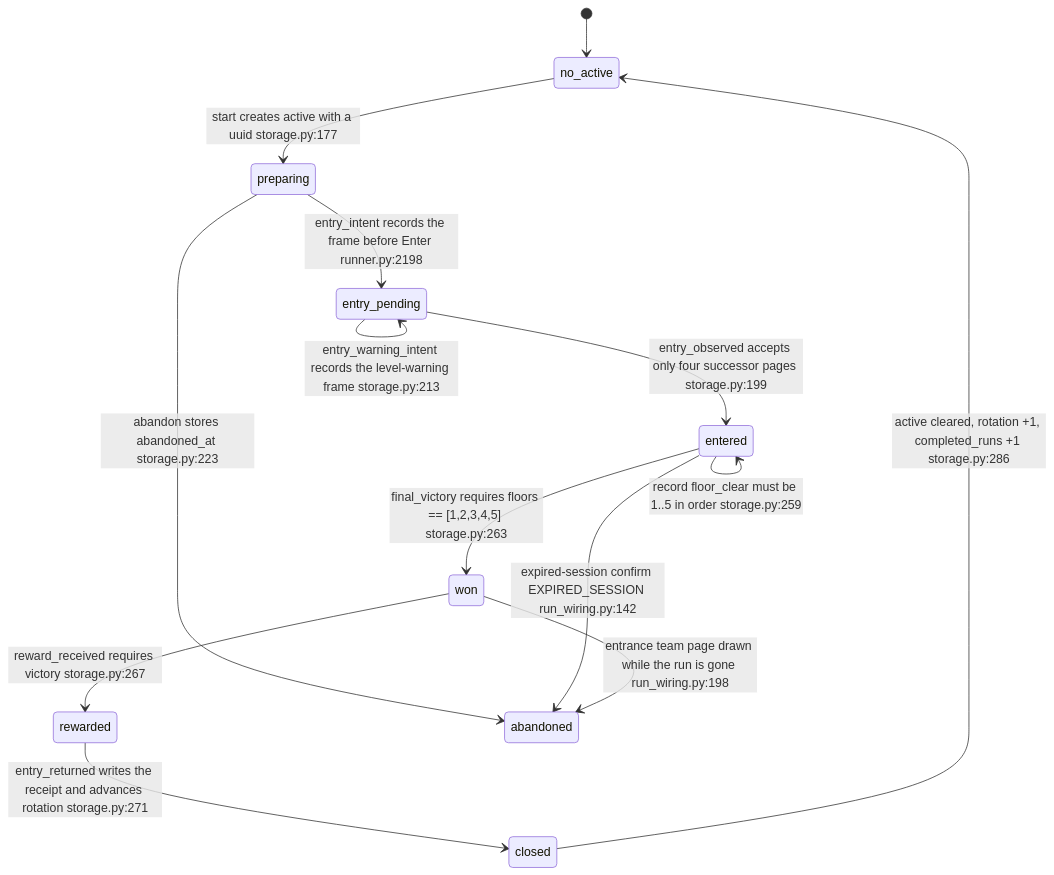
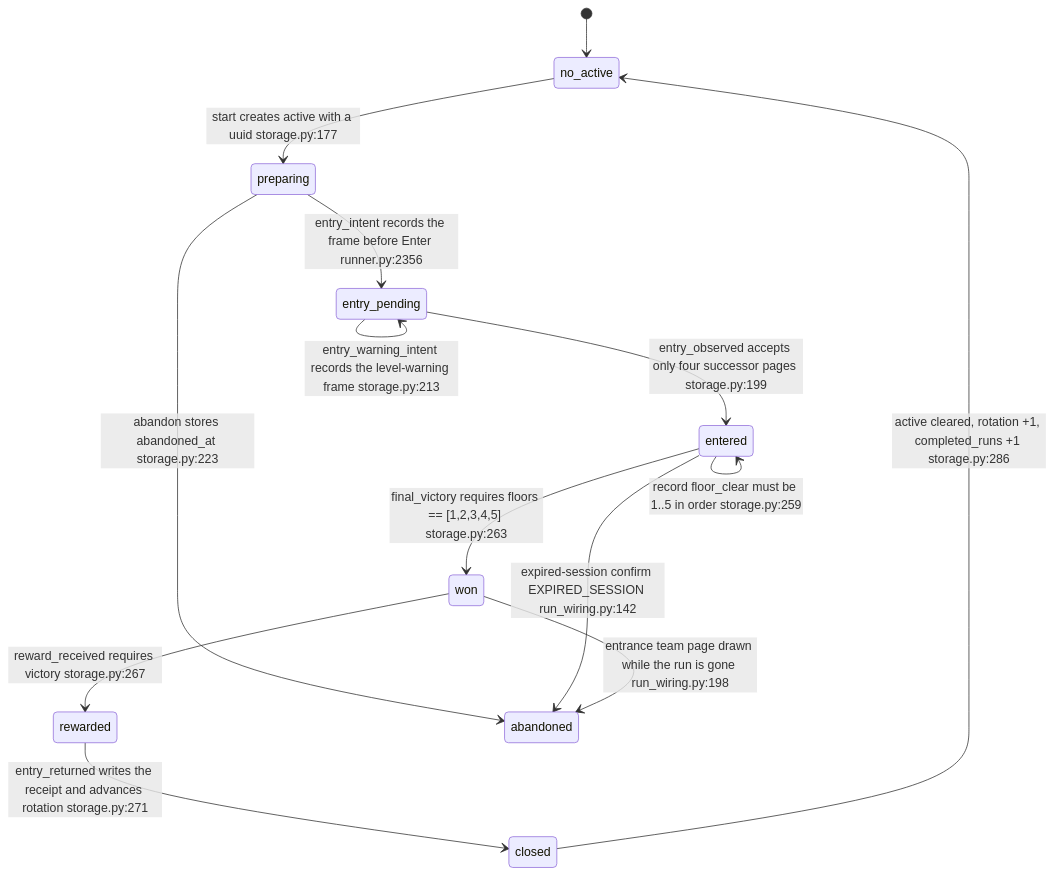
Before and after one commit to sairaisaika/MaaLimbus: the third of 6 diagrams in docs/wiki/en_us/5-state-and-data.md, drawn with Mermaid. The commit also changed other lines of this file and 28 other files, not shown here.

Commit message:
Fix entry reconciliation shadowing and document engineering diagram semantics

````diff
--- a/docs/wiki/en_us/5-state-and-data.md
+++ b/docs/wiki/en_us/5-state-and-data.md
@@ -200,16 +210,16 @@
 ```mermaid
 stateDiagram-v2
     [*] --> no_active
     no_active --> preparing : start creates active with a uuid storage.py:177
-    preparing --> entry_pending : entry_intent records the frame before Enter runner.py:2198
+    preparing --> entry_pending : entry_intent records the frame before Enter runner.py:2356
     entry_pending --> entry_pending : entry_warning_intent records the level-warning frame storage.py:213
     entry_pending --> entered : entry_observed accepts only four successor pages storage.py:199
     entered --> entered : record floor_clear must be 1..5 in order storage.py:259
     entered --> won : final_victory requires floors == [1,2,3,4,5] storage.py:263
     won --> rewarded : reward_received requires victory storage.py:267
     rewarded --> closed : entry_returned writes the receipt and advances rotation storage.py:271
     closed --> no_active : active cleared, rotation +1, completed_runs +1 storage.py:286
     preparing --> abandoned : abandon stores abandoned_at storage.py:223
     entered --> abandoned : expired-session confirm EXPIRED_SESSION run_wiring.py:142
     won --> abandoned : entrance team page drawn while the run is gone run_wiring.py:198
 ```
````
